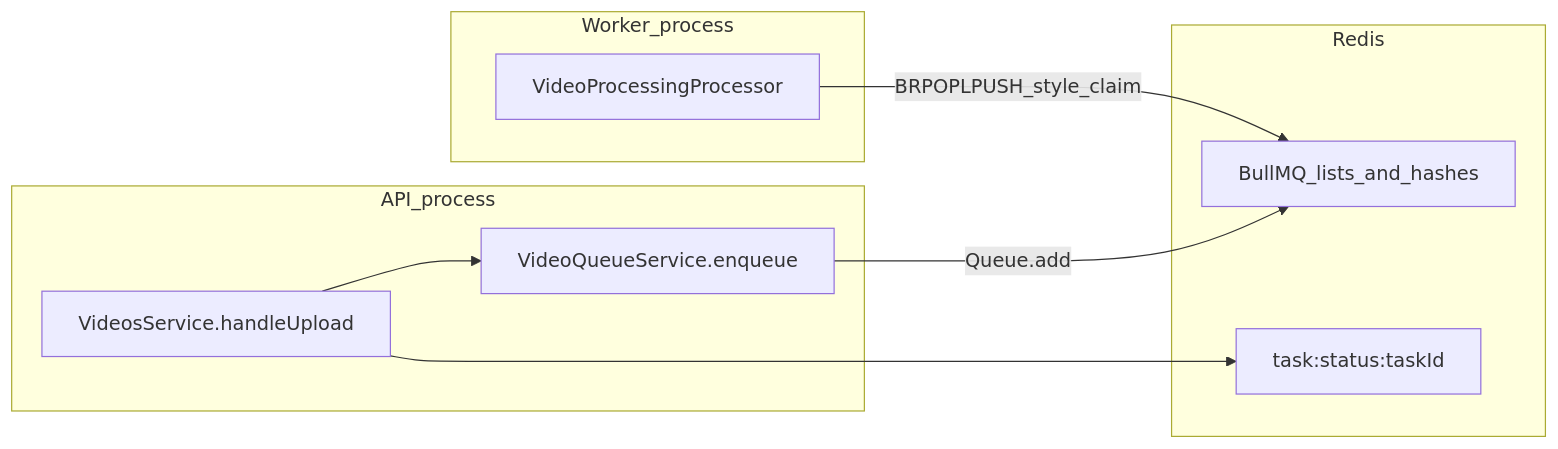
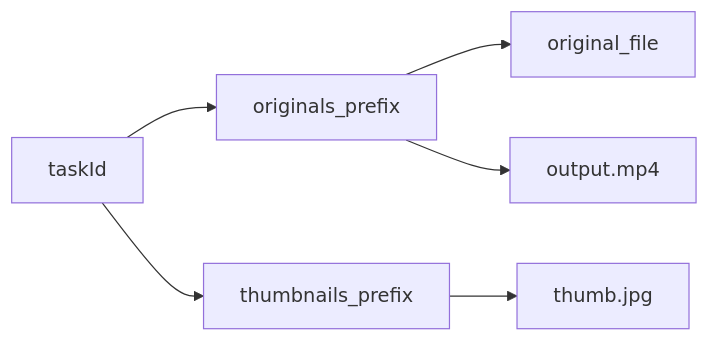
One commit to Shivanshsri15/VideoProcessing changed the fourth of 6 diagrams in README.md. Above: the diagram before and after it, drawn with Mermaid. The commit also changed other lines of this file and 1 other file, not shown here.

````diff
--- a/README.md
+++ b/README.md
@@ -487,18 +279,8 @@
 ```mermaid
 flowchart LR
-  subgraph apiProc [API_process]
-    Upload[VideosService.handleUpload]
-    Enq[VideoQueueService.enqueue]
-    Upload --> Enq
-  end
-  subgraph redisBox [Redis]
-    BullKeys[BullMQ_lists_and_hashes]
-    StatusKey["task:status:taskId"]
-  end
-  subgraph workerProc [Worker_process]
-    Proc[VideoProcessingProcessor]
-  end
-  Enq -->|Queue.add| BullKeys
-  Proc -->|BRPOPLPUSH_style_claim| BullKeys
-  Upload --> StatusKey
+  task[taskId] --> orig[originals_prefix]
+  task --> thumbs[thumbnails_prefix]
+  orig --> raw[original_file]
+  orig --> mp4[output.mp4]
+  thumbs --> jpg[thumb.jpg]
 ```
````
